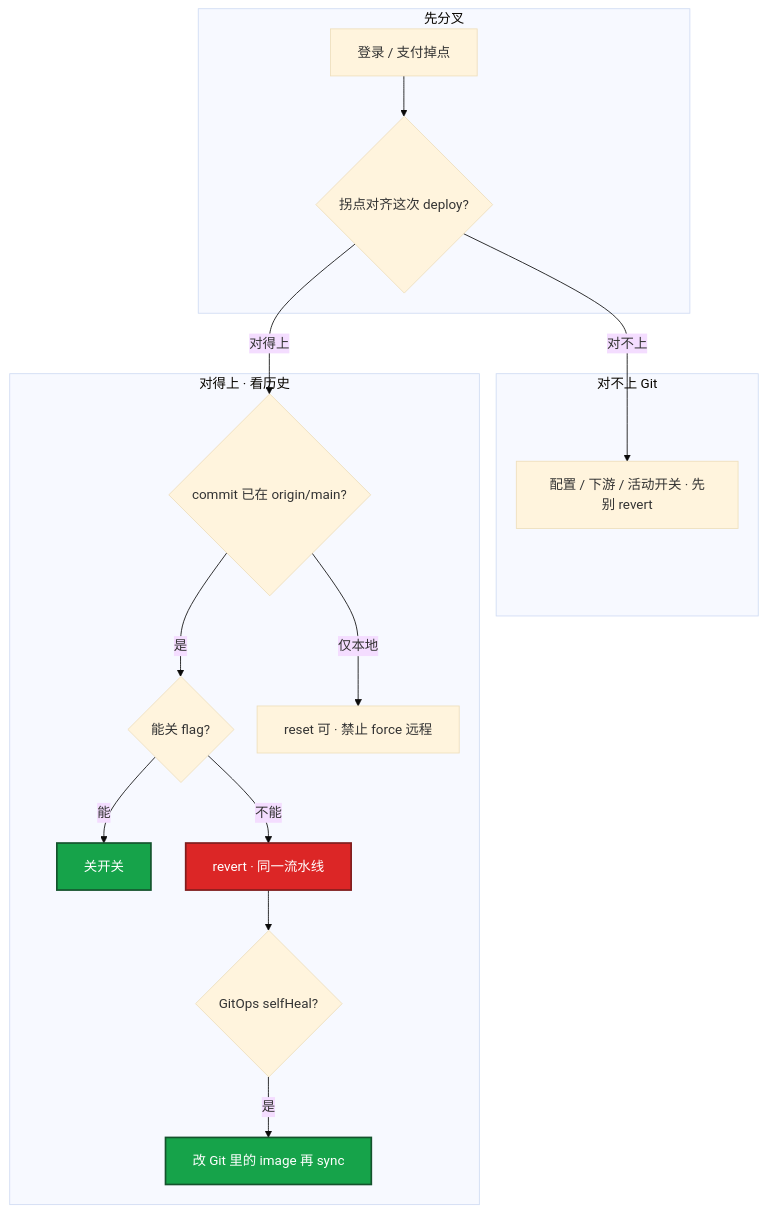
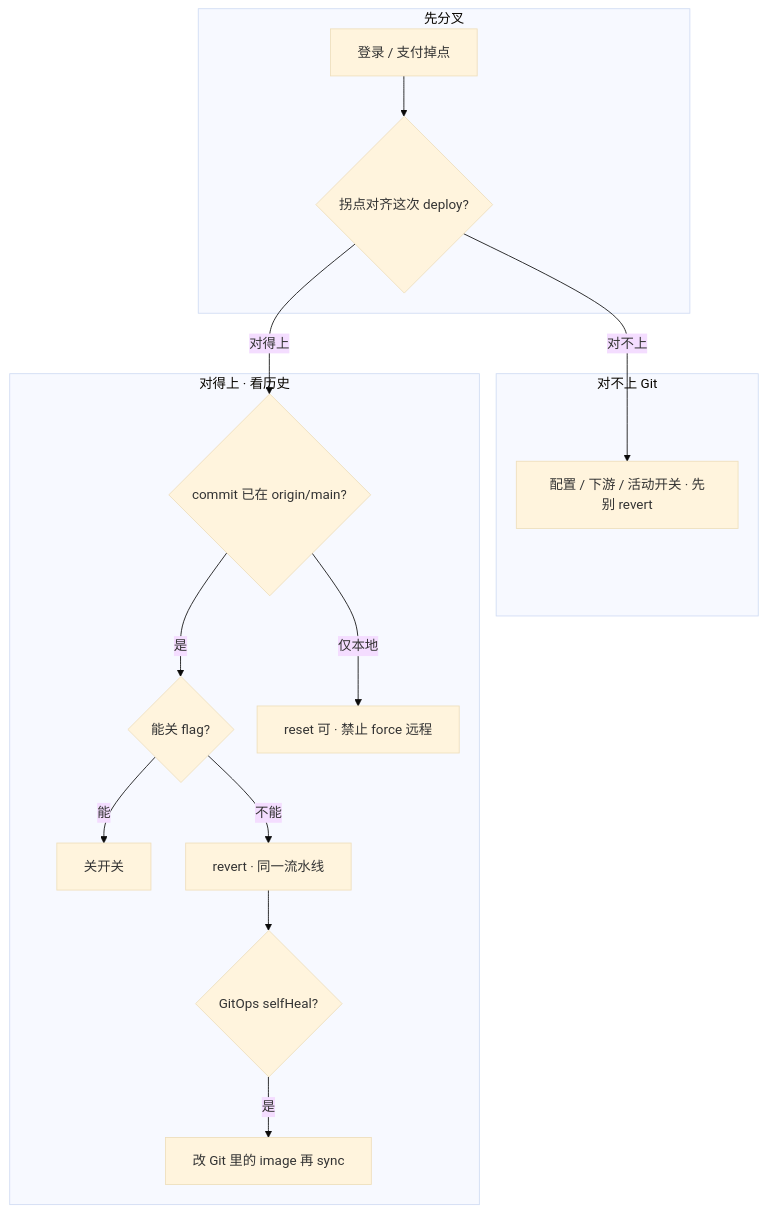
Before and after one commit to ml-cuizijun/LearnToLilith: the seventh of 7 diagrams in 04-工程化与自动化/01-Git工作流/知识点.md, drawn with Mermaid. The commit also changed other lines of this file and 470 other files, not shown here.

````diff
--- a/04-工程化与自动化/01-Git工作流/知识点.md
+++ b/04-工程化与自动化/01-Git工作流/知识点.md
@@ -570,26 +553,24 @@
 ```mermaid
 %%{init: {"flowchart": {"padding": 16, "nodeSpacing": 28, "rankSpacing": 48}, "theme": "base"}}%%
 flowchart TB
     subgraph gate ["先分叉"]
         A[登录 / 支付掉点] --> B{拐点对齐这次 deploy?}
     end
 
     subgraph notgit ["对不上 Git"]
         B -->|对不上| C[配置 / 下游 / 活动开关 · 先别 revert]
     end
 
     subgraph hist ["对得上 · 看历史"]
         B -->|对得上| D{commit 已在 origin/main?}
         D -->|是| E{能关 flag?}
         E -->|能| F[关开关]
         E -->|不能| G[revert · 同一流水线]
         D -->|仅本地| H[reset 可 · 禁止 force 远程]
         G --> I{GitOps selfHeal?}
         I -->|是| J[改 Git 里的 image 再 sync]
     end
 
-    classDef bad fill:#DC2626,stroke:#7F1D1D,stroke-width:2px,color:#fff
-    classDef ok fill:#16A34A,stroke:#14532D,stroke-width:2px,color:#fff
     class G bad
     class F,J ok
 ```
````
